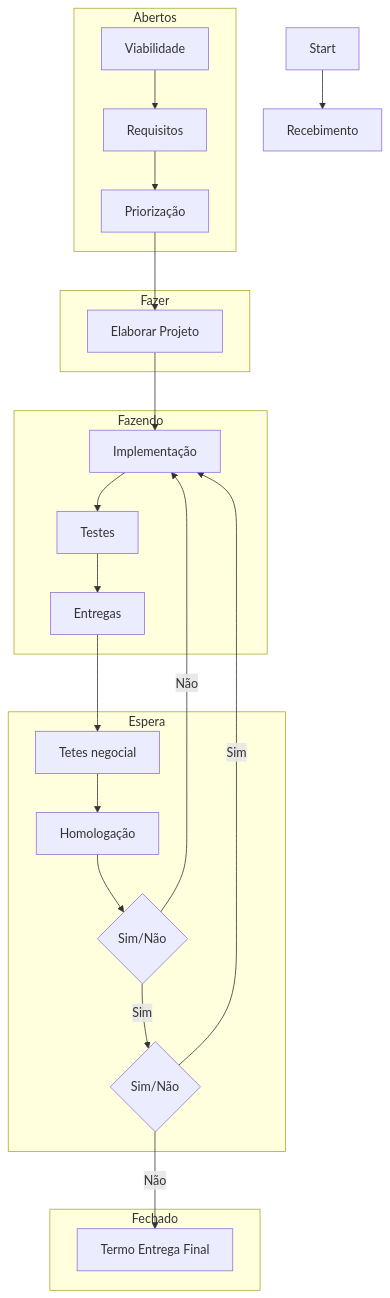
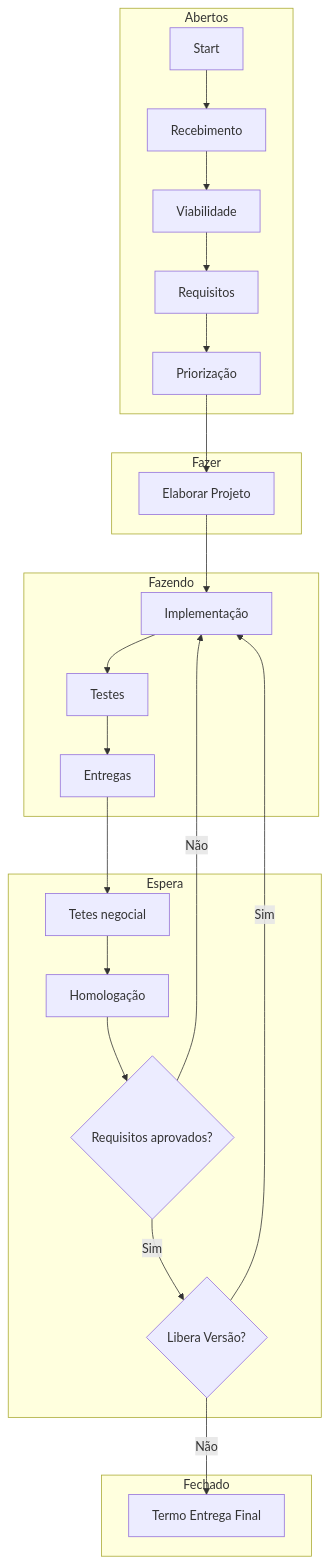
The second of 2 diagrams in docs/_pages/planejamento/03-projetos-entregas.md (myerco/CafeGeek), drawn with Mermaid before and after one commit.

Commit message:
flowchart

```diff
--- a/docs/_pages/planejamento/03-projetos-entregas.md
+++ b/docs/_pages/planejamento/03-projetos-entregas.md
@@ -36,27 +36,28 @@
 <div class="mermaid">
 flowchart TB
+    subgraph Abertos
     A[Start] --> B[Recebimento]
-    subgraph Abertos
-    a1["Viabilidade"]-->a2["Requisitos"]
+    B  --> a1["Viabilidade"]  
+    a1 --> a2["Requisitos"]
     a2 --> a3["Priorização"]
     end
     subgraph Fazer
     a3 --> b1["Elaborar Projeto"]
     end
     subgraph Fazendo
     b1 --> c1["Implementação"]
     c1 --> c2["Testes"]
     c2 --> c3["Entregas"]
     end
     subgraph Espera
     c3 --> d1["Tetes negocial"]
     d1 --> d2["Homologação"]
-    d2 --> d3{"Sim/Não"}
+    d2 --> d3{"Requisitos aprovados?"}
     d3 -- Não --> c1
-    d3 -- Sim --> d4{"Sim/Não"}
+    d3 -- Sim --> d4{"Libera Versão?"}
     d4 -- Sim --> c1
     end
     subgraph Fechado
     d4 -- Não --> e1["Termo Entrega Final"]
     end
 </div>
```
